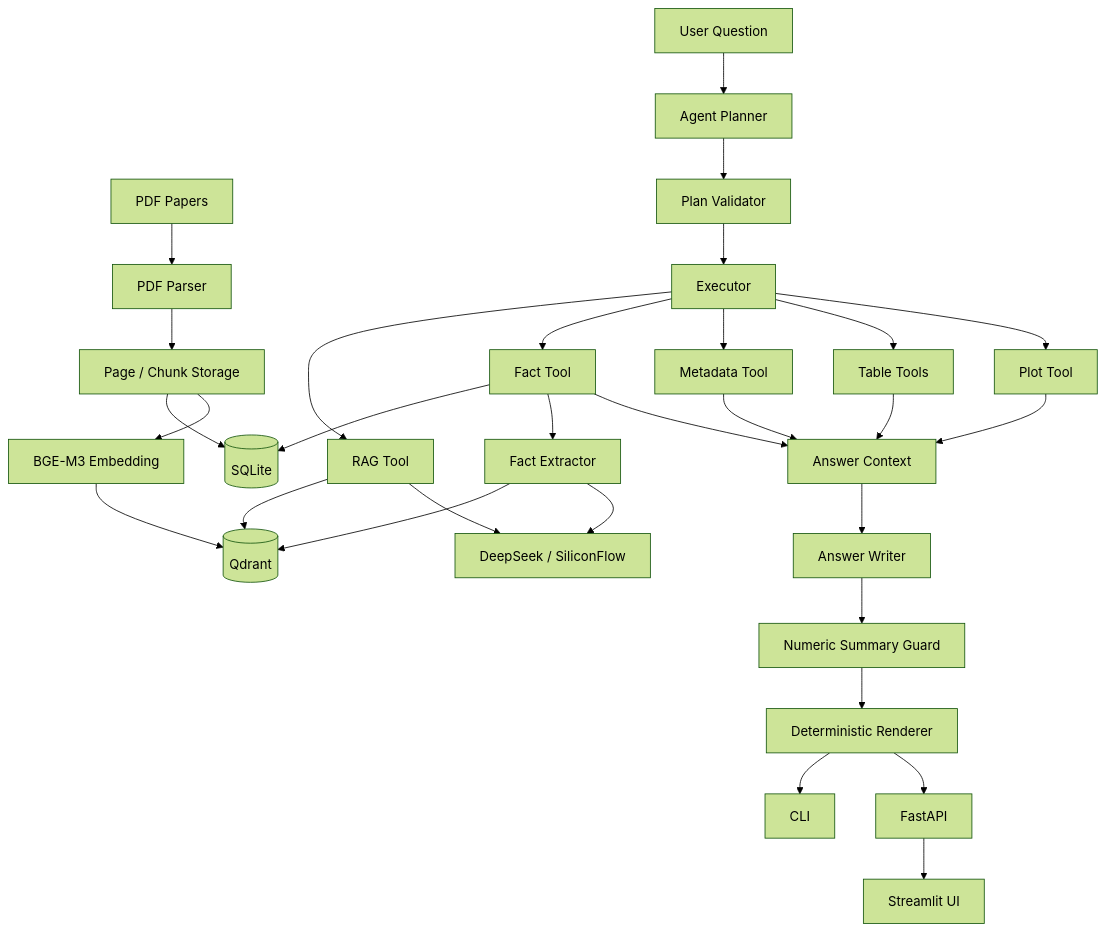
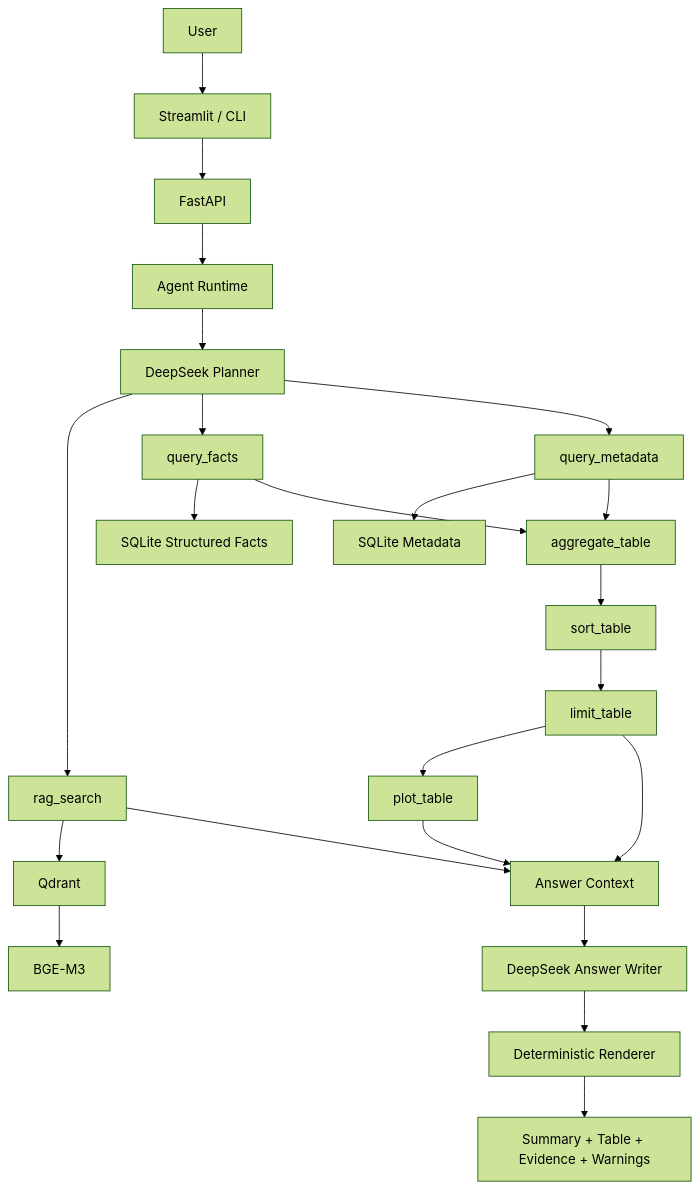
Before and after one commit to KihonnyTsang/LiteratureAgent: the first of 2 diagrams in README.md, drawn with Mermaid (forest theme). The commit also changed other lines of this file, not shown here.

````diff
--- a/README.md
+++ b/README.md
@@ -319,41 +223,34 @@
 ```mermaid
 flowchart TD
+    U[User] --> UI[Streamlit / CLI]
+    UI --> API[FastAPI]
+    API --> RT[Agent Runtime]
 
-    A[PDF Papers] --> B[PDF Parser]
-    B --> C[Page / Chunk Storage]
-    C --> D[(SQLite)]
+    RT --> P[DeepSeek Planner]
 
-    C --> E[BGE-M3 Embedding]
-    E --> F[(Qdrant)]
+    P --> RAG[rag_search]
+    P --> FACT[query_facts]
+    P --> META[query_metadata]
 
-    Q[User Question] --> P[Agent Planner]
-    P --> V[Plan Validator]
-    V --> X[Executor]
+    RAG --> Q[Qdrant]
+    Q --> EMB[BGE-M3]
 
-    X --> R[RAG Tool]
-    X --> FT[Fact Tool]
-    X --> MT[Metadata Tool]
-    X --> TT[Table Tools]
-    X --> PT[Plot Tool]
+    FACT --> SF[SQLite Structured Facts]
+    META --> DB[SQLite Metadata]
 
-    R --> F
-    R --> LLM[DeepSeek / SiliconFlow]
+    FACT --> AGG[aggregate_table]
+    META --> AGG
 
-    FT --> D
-    FT --> EX[Fact Extractor]
-    EX --> F
-    EX --> LLM
+    AGG --> SORT[sort_table]
+    SORT --> LIMIT[limit_table]
+    LIMIT --> PLOT[plot_table]
 
-    TT --> AC[Answer Context]
-    MT --> AC
-    FT --> AC
-    PT --> AC
+    RAG --> CTX[Answer Context]
+    LIMIT --> CTX
+    PLOT --> CTX
 
-    AC --> AW[Answer Writer]
-    AW --> SG[Numeric Summary Guard]
-    SG --> AR[Deterministic Renderer]
+    CTX --> WRITER[DeepSeek Answer Writer]
+    WRITER --> RENDER[Deterministic Renderer]
 
-    AR --> CLI[CLI]
-    AR --> API[FastAPI]
-    API --> UI[Streamlit UI]
+    RENDER --> OUT[Summary + Table + Evidence + Warnings]
 ```
````
